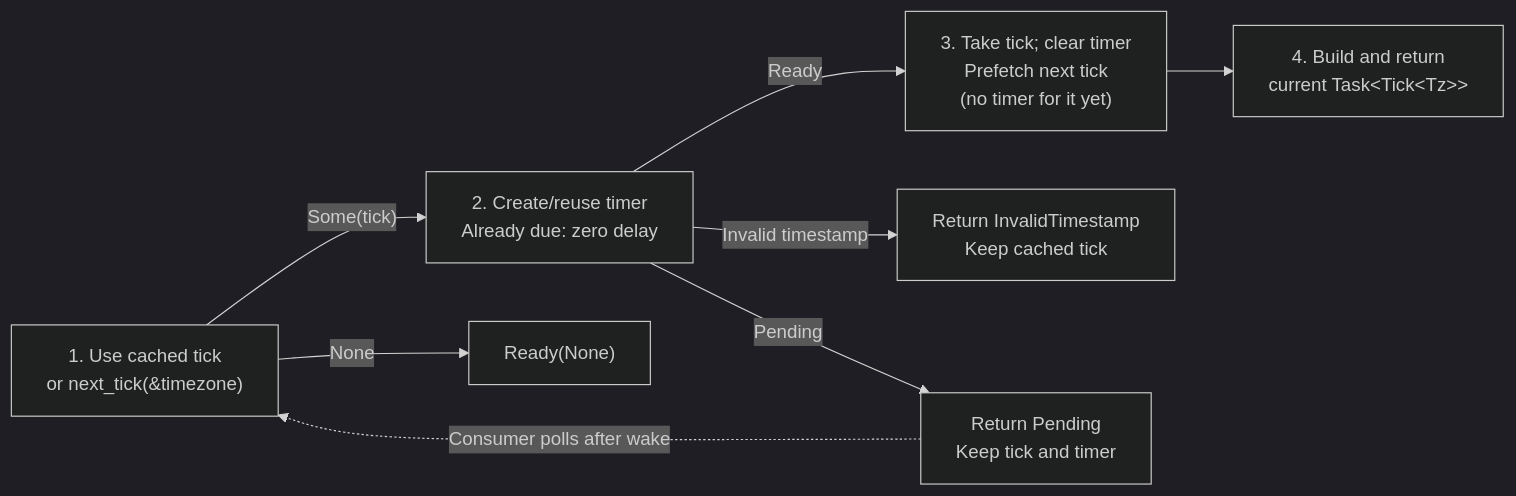
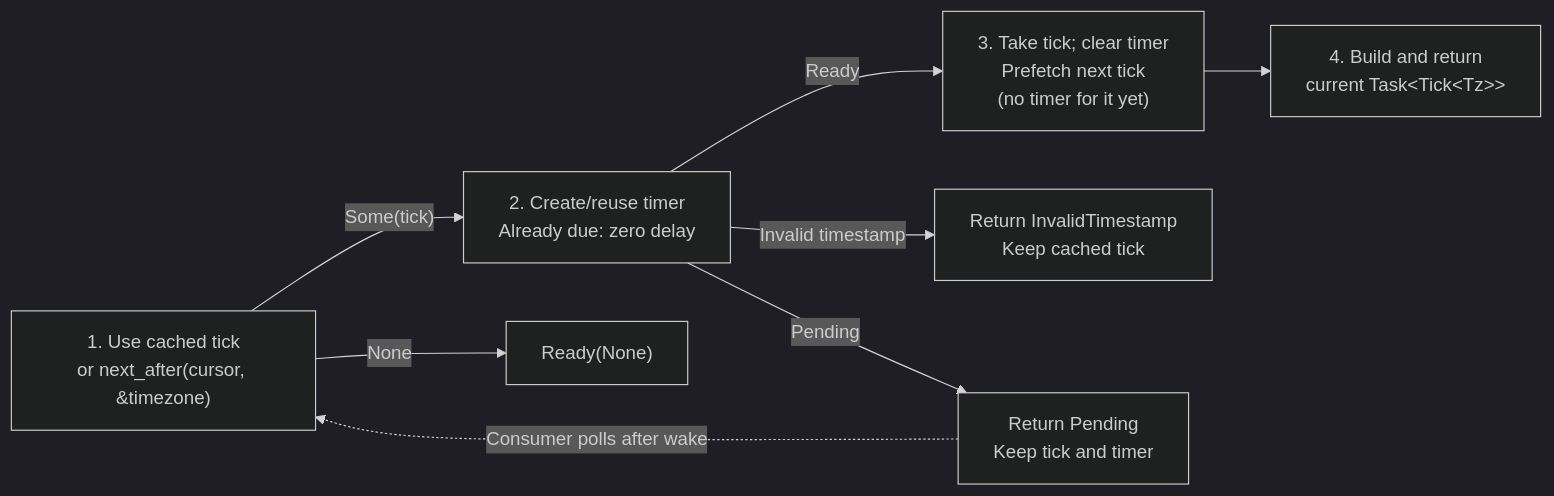
Before and after one commit to nanfeng-labs/miju-cron: the second of 2 diagrams in README.md, drawn with Mermaid (dark theme). The commit also changed other lines of this file and 15 other files, not shown here.

````diff
--- a/README.md
+++ b/README.md
@@ -294,10 +318,10 @@
 ```mermaid
 flowchart LR
-    tick["1. Use cached tick<br/>or next_tick(&timezone)"] -->|"Some(tick)"| timer["2. Create/reuse timer<br/>Already due: zero delay"]
+    tick["1. Use cached tick<br/>or next_after(cursor, &timezone)"] -->|"Some(tick)"| timer["2. Create/reuse timer<br/>Already due: zero delay"]
     timer -->|"Ready"| prefetch["3. Take tick; clear timer<br/>Prefetch next tick<br/>(no timer for it yet)"]
     prefetch --> task["4. Build and return<br/>current Task&lt;Tick&lt;Tz&gt;&gt;"]
     tick -->|"None"| exhausted["Ready(None)"]
     timer -->|"Invalid timestamp"| error["Return InvalidTimestamp<br/>Keep cached tick"]
     timer -->|"Pending"| pending["Return Pending<br/>Keep tick and timer"]
     pending -.->|"Consumer polls after wake"| tick
 ```
````
